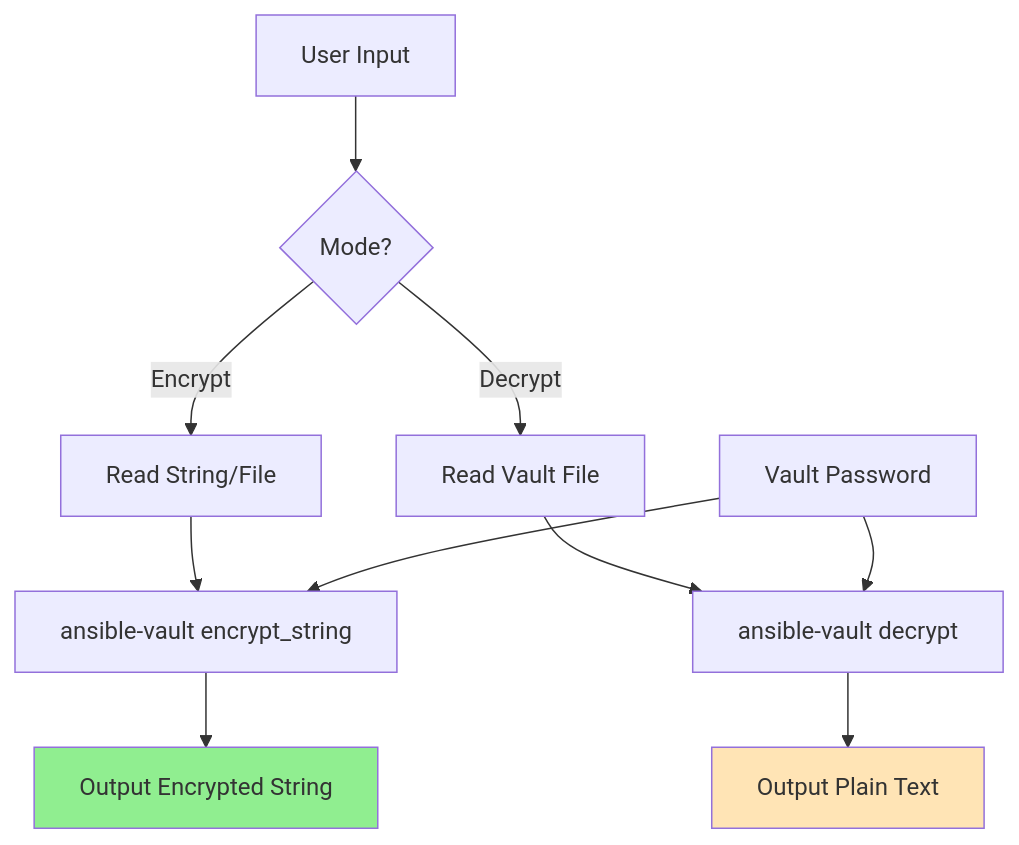
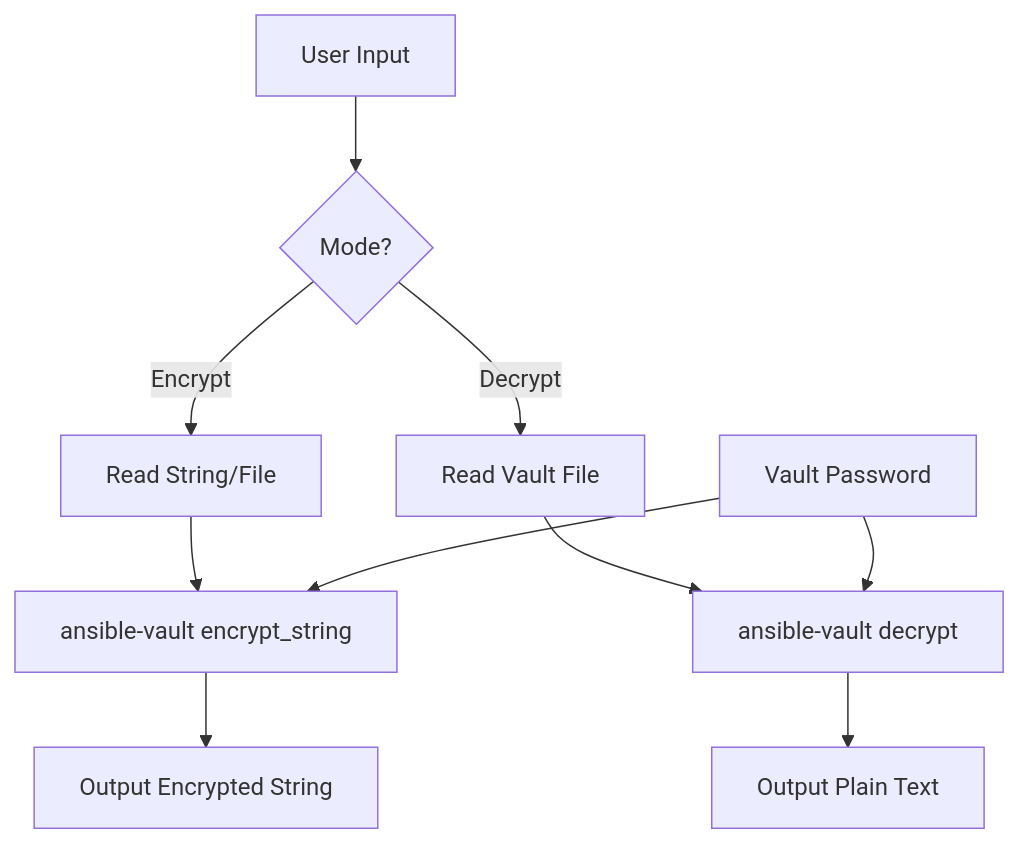
The seventh of 8 diagrams in docs/projects/vserver-setup.md (4gh0rn/dev-blog), drawn with Mermaid before and after one commit. The commit also changed other lines of this file and 17 other files, not shown here.

````diff
--- a/docs/projects/vserver-setup.md
+++ b/docs/projects/vserver-setup.md
@@ -362,18 +352,15 @@
 ```mermaid
 flowchart TD
     A[User Input] --> B{Mode?}
     B -->|Encrypt| C[Read String/File]
     B -->|Decrypt| D[Read Vault File]
     
     C --> E[ansible-vault encrypt_string]
     E --> F[Output Encrypted String]
     
     D --> G[ansible-vault decrypt]
     G --> H[Output Plain Text]
     
     I[Vault Password] --> E
     I --> G
-    
-    style F fill:#90EE90
-    style H fill:#FFE4B5
 ```
````
